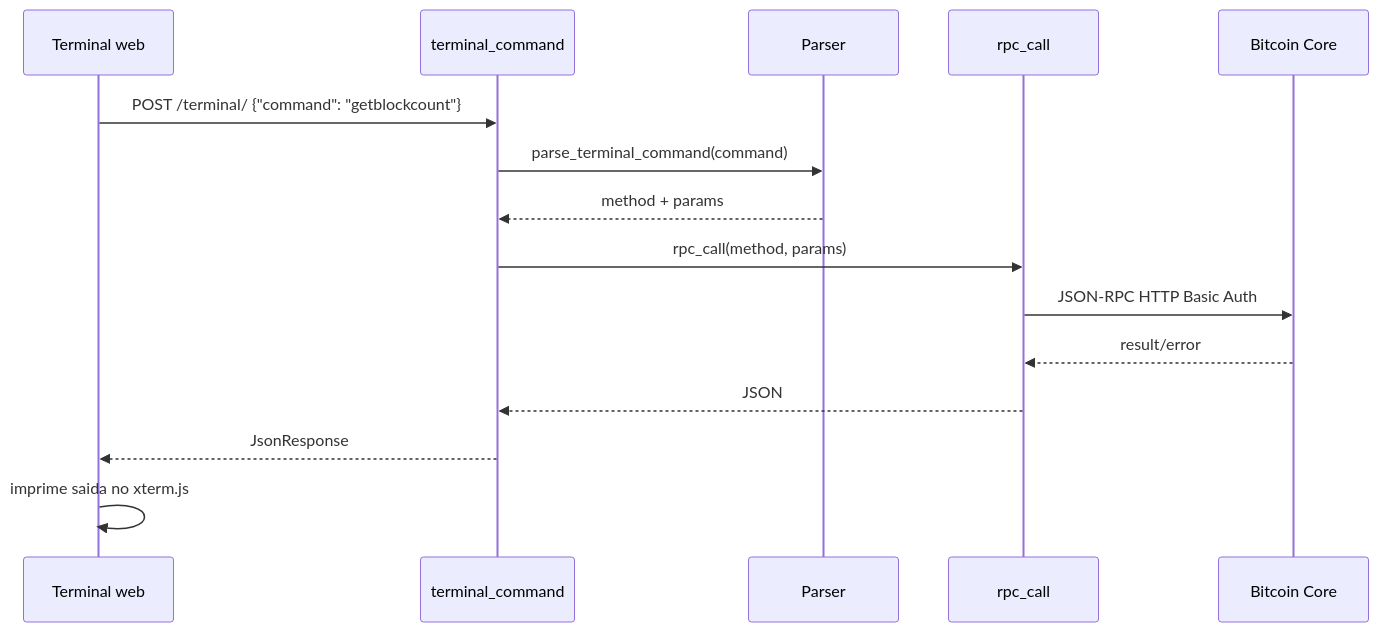
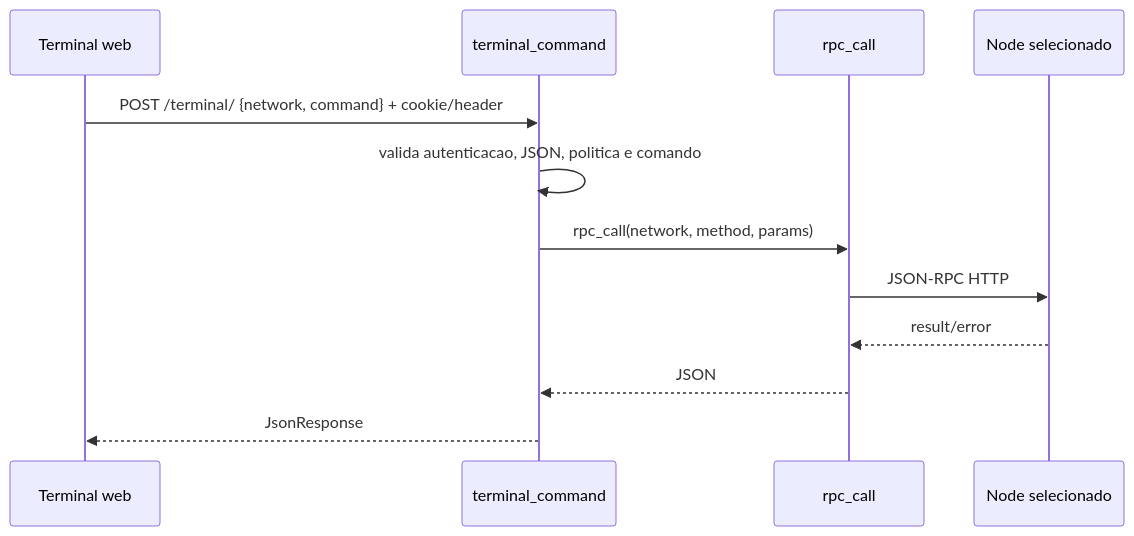
One commit to lyonpamplona/coreCraft_labs changed the second of 3 diagrams in docs/fluxos.md. Above: the diagram before and after it, drawn with Mermaid. The commit also changed other lines of this file and 26 other files, not shown here.

````diff
--- a/docs/fluxos.md
+++ b/docs/fluxos.md
@@ -35,18 +40,15 @@
 ```mermaid
 sequenceDiagram
     participant UI as Terminal web
     participant View as terminal_command
-    participant Parser as Parser
     participant RPC as rpc_call
-    participant BTC as Bitcoin Core
+    participant BTC as Node selecionado
 
-    UI->>View: POST /terminal/ {"command": "getblockcount"}
-    View->>Parser: parse_terminal_command(command)
-    Parser-->>View: method + params
-    View->>RPC: rpc_call(method, params)
-    RPC->>BTC: JSON-RPC HTTP Basic Auth
+    UI->>View: POST /terminal/ {network, command} + cookie/header
+    View->>View: valida autenticacao, JSON, politica e comando
+    View->>RPC: rpc_call(network, method, params)
+    RPC->>BTC: JSON-RPC HTTP
     BTC-->>RPC: result/error
     RPC-->>View: JSON
     View-->>UI: JsonResponse
-    UI->>UI: imprime saida no xterm.js
 ```
````
